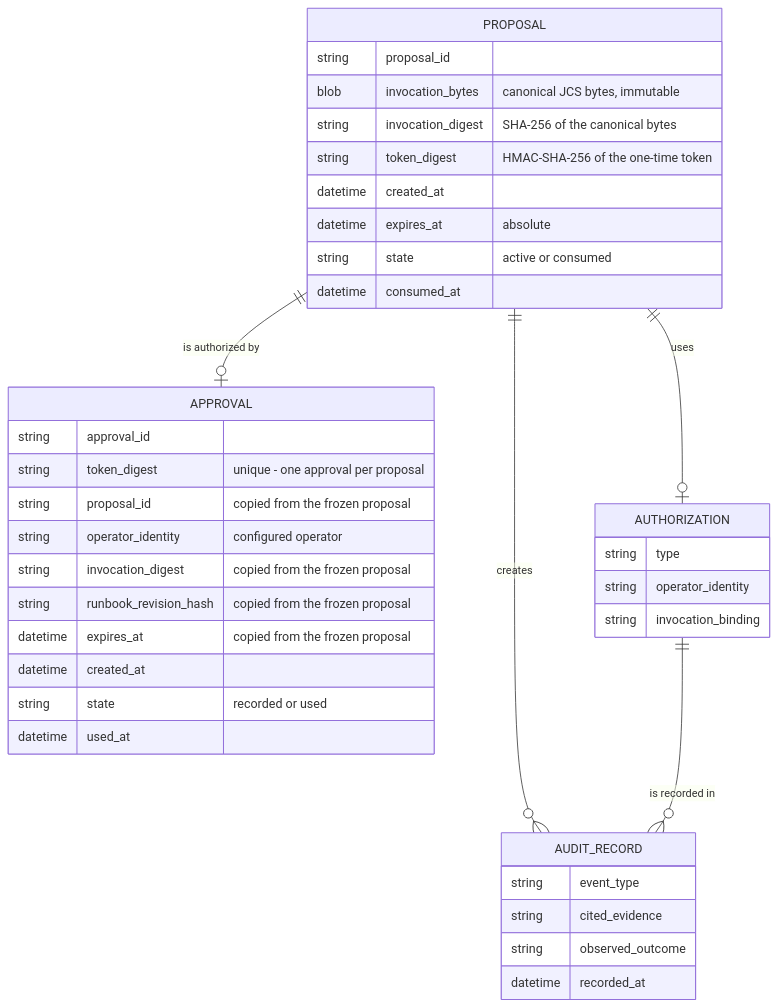
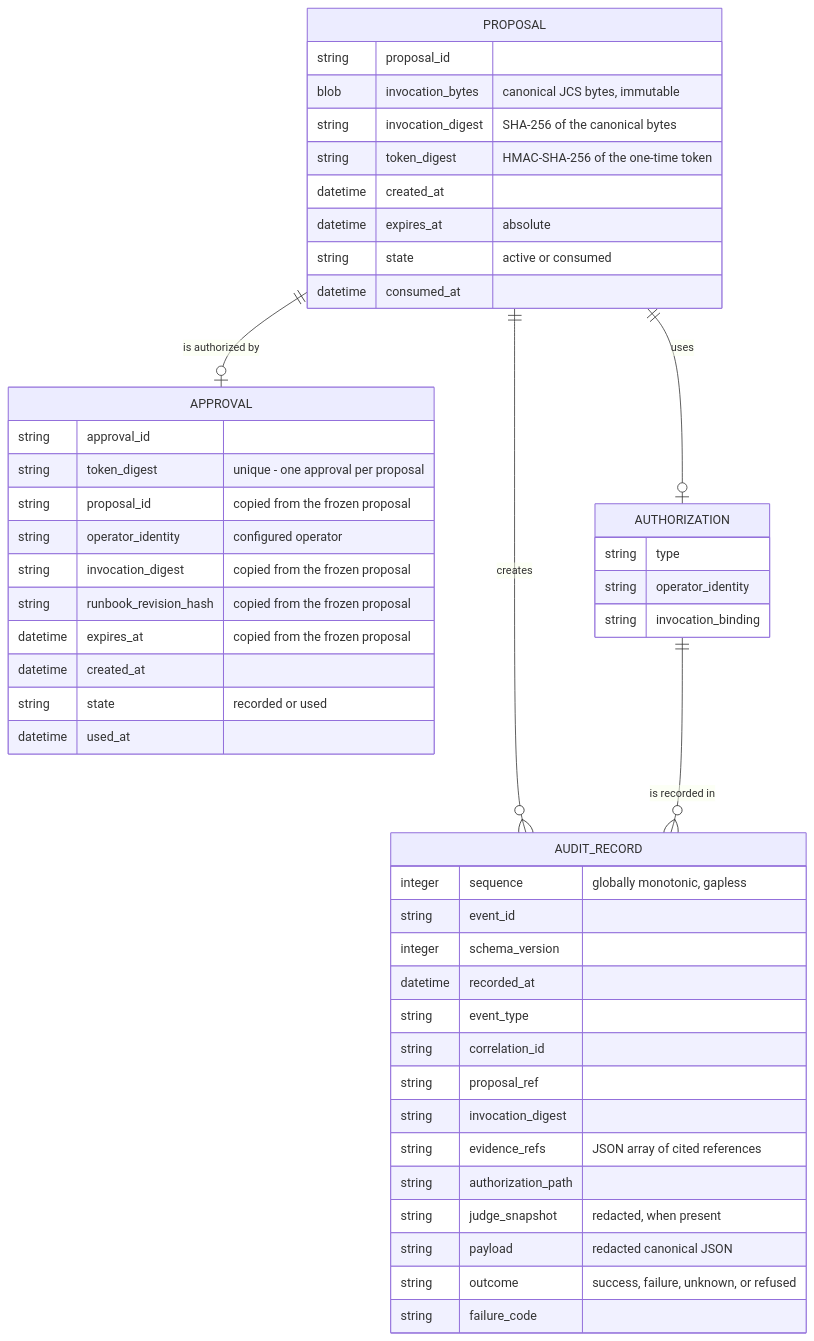
One commit to alanfong93/ops-guard changed the second of 2 diagrams in docs/architecture.md. Above: the diagram before and after it, drawn with Mermaid. The commit also changed other lines of this file and 6 other files, not shown here.

````diff
--- a/docs/architecture.md
+++ b/docs/architecture.md
@@ -28,40 +28,50 @@
 ```mermaid
 erDiagram
     PROPOSAL ||--o| APPROVAL : "is authorized by"
     PROPOSAL ||--o| AUTHORIZATION : "uses"
     PROPOSAL ||--o{ AUDIT_RECORD : "creates"
     AUTHORIZATION ||--o{ AUDIT_RECORD : "is recorded in"
     PROPOSAL {
         string proposal_id
         blob invocation_bytes "canonical JCS bytes, immutable"
         string invocation_digest "SHA-256 of the canonical bytes"
         string token_digest "HMAC-SHA-256 of the one-time token"
         datetime created_at
         datetime expires_at "absolute"
         string state "active or consumed"
         datetime consumed_at
     }
     APPROVAL {
         string approval_id
         string token_digest "unique - one approval per proposal"
         string proposal_id "copied from the frozen proposal"
         string operator_identity "configured operator"
         string invocation_digest "copied from the frozen proposal"
         string runbook_revision_hash "copied from the frozen proposal"
         datetime expires_at "copied from the frozen proposal"
         datetime created_at
         string state "recorded or used"
         datetime used_at
     }
     AUTHORIZATION {
         string type
         string operator_identity
         string invocation_binding
     }
     AUDIT_RECORD {
+        integer sequence "globally monotonic, gapless"
+        string event_id
+        integer schema_version
+        datetime recorded_at
         string event_type
-        string cited_evidence
-        string observed_outcome
-        datetime recorded_at
+        string correlation_id
+        string proposal_ref
+        string invocation_digest
+        string evidence_refs "JSON array of cited references"
+        string authorization_path
+        string judge_snapshot "redacted, when present"
+        string payload "redacted canonical JSON"
+        string outcome "success, failure, unknown, or refused"
+        string failure_code
     }
 ```
````
